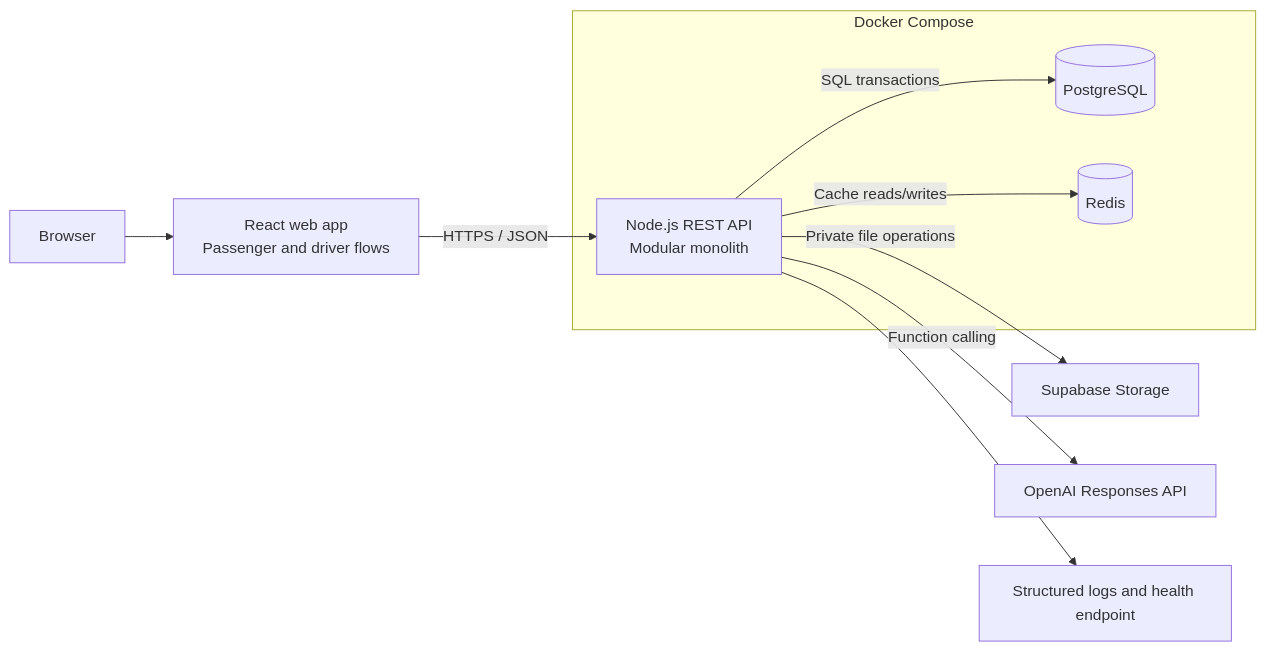
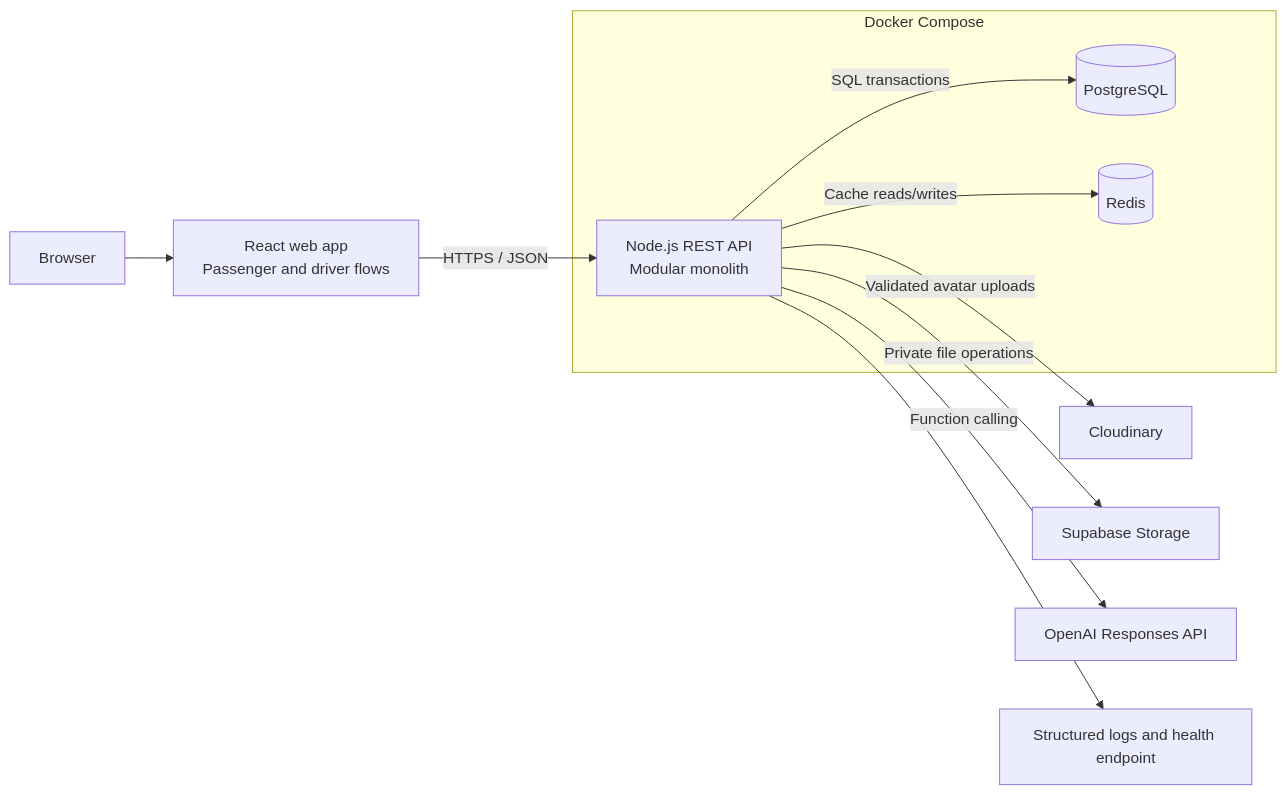
One commit to MahediHasanRiad/RST-Tesla--Backend- changed the first of 2 diagrams in docs/architecture.md. Above: the diagram before and after it, drawn with Mermaid. The commit also changed other lines of this file and 68 other files, not shown here.

````diff
--- a/docs/architecture.md
+++ b/docs/architecture.md
@@ -38,15 +39,16 @@
 ```mermaid
 flowchart LR
   B[Browser] --> W[React web app\nPassenger and driver flows]
   W -->|HTTPS / JSON| A[Node.js REST API\nModular monolith]
   A -->|SQL transactions| D[(PostgreSQL)]
   A -->|Cache reads/writes| R[(Redis)]
+  A -->|Validated avatar uploads| C[Cloudinary]
   A -->|Private file operations| S[Supabase Storage]
   A -->|Function calling| O[OpenAI Responses API]
   A --> L[Structured logs and health endpoint]
   subgraph Docker Compose
     A
     D
     R
   end
 ```
````
